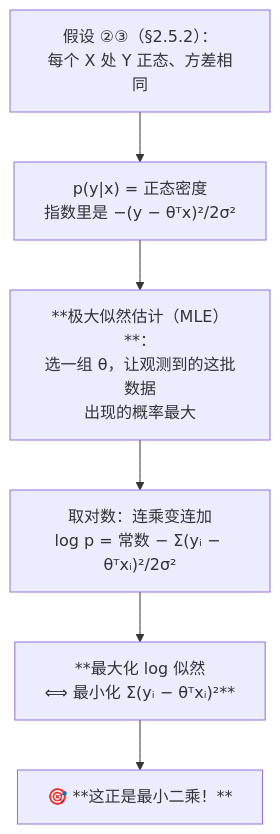
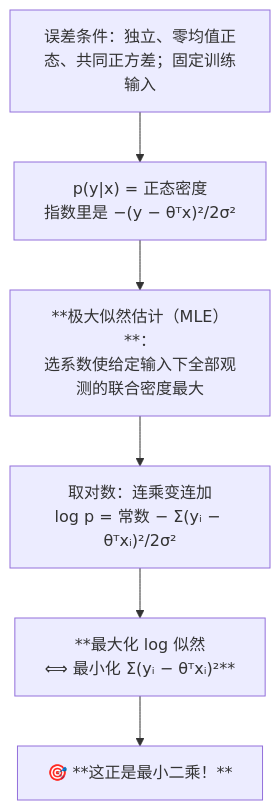
The eighth of 21 diagrams in IS6400_Business_Data_Analytics/notes/M02-预测分析-线性回归.md (CercaTrovato/cityu-ai-course-notes), drawn with Mermaid before and after one commit. The commit also changed other lines of this file and 116 other files, not shown here.

````diff
--- a/IS6400_Business_Data_Analytics/notes/M02-预测分析-线性回归.md
+++ b/IS6400_Business_Data_Analytics/notes/M02-预测分析-线性回归.md
@@ -1332,8 +1667,8 @@
 ```mermaid
 flowchart TD
-    A["假设 ②③（§2.5.2）：<br/>每个 X 处 Y 正态、方差相同"] --> B["p(y|x) = 正态密度<br/>指数里是 −(y − θᵀx)²/2σ²"]
-    B --> C["**极大似然估计（MLE）**：<br/>选一组 θ，让观测到的这批数据<br/>出现的概率最大"]
+    A["误差条件：独立、零均值正态、共同正方差；固定训练输入"] --> B["p(y|x) = 正态密度<br/>指数里是 −(y − θᵀx)²/2σ²"]
+    B --> C["**极大似然估计（MLE）**：<br/>选系数使给定输入下全部观测的联合密度最大"]
     C --> D["取对数：连乘变连加<br/>log p = 常数 − Σ(yᵢ − θᵀxᵢ)²/2σ²"]
     D --> E["**最大化 log 似然<br/>⟺ 最小化 Σ(yᵢ − θᵀxᵢ)²**"]
     E --> F["🎯 **这正是最小二乘！**"]
 ```
````
